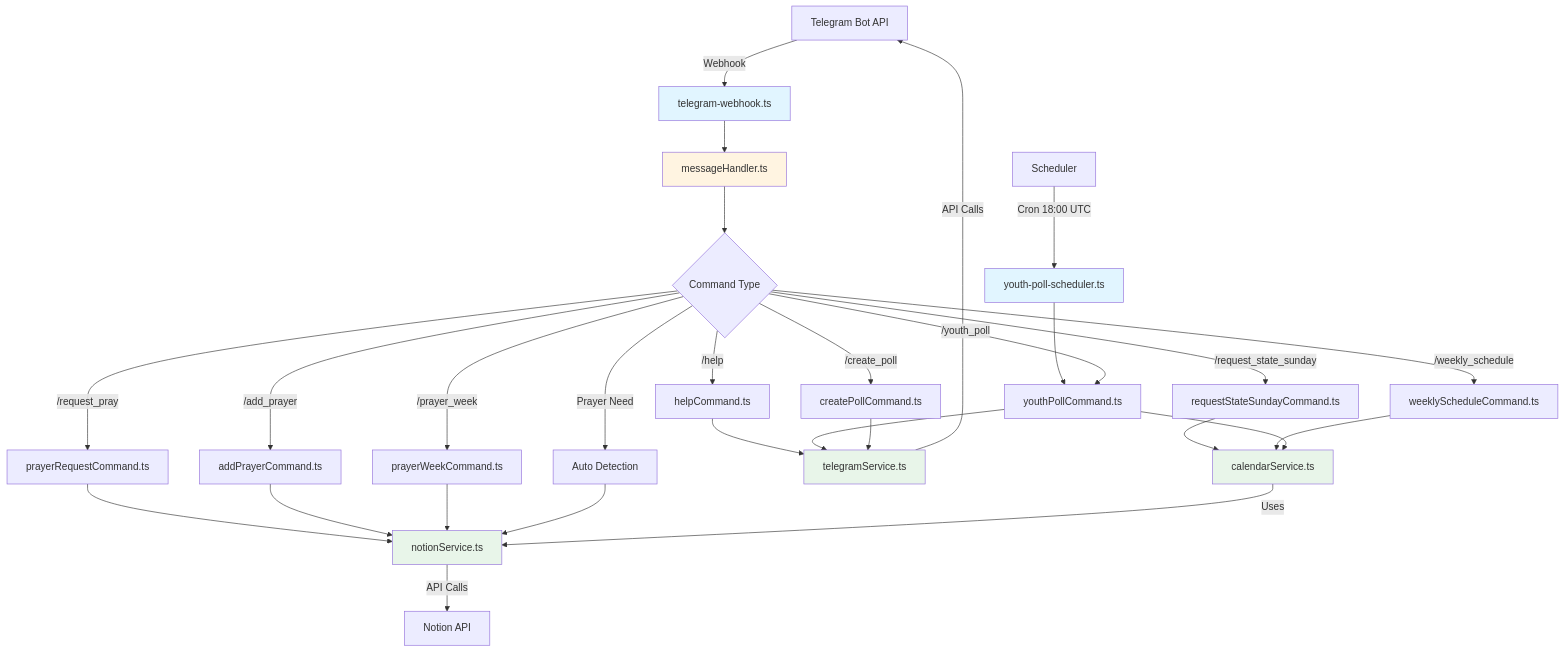
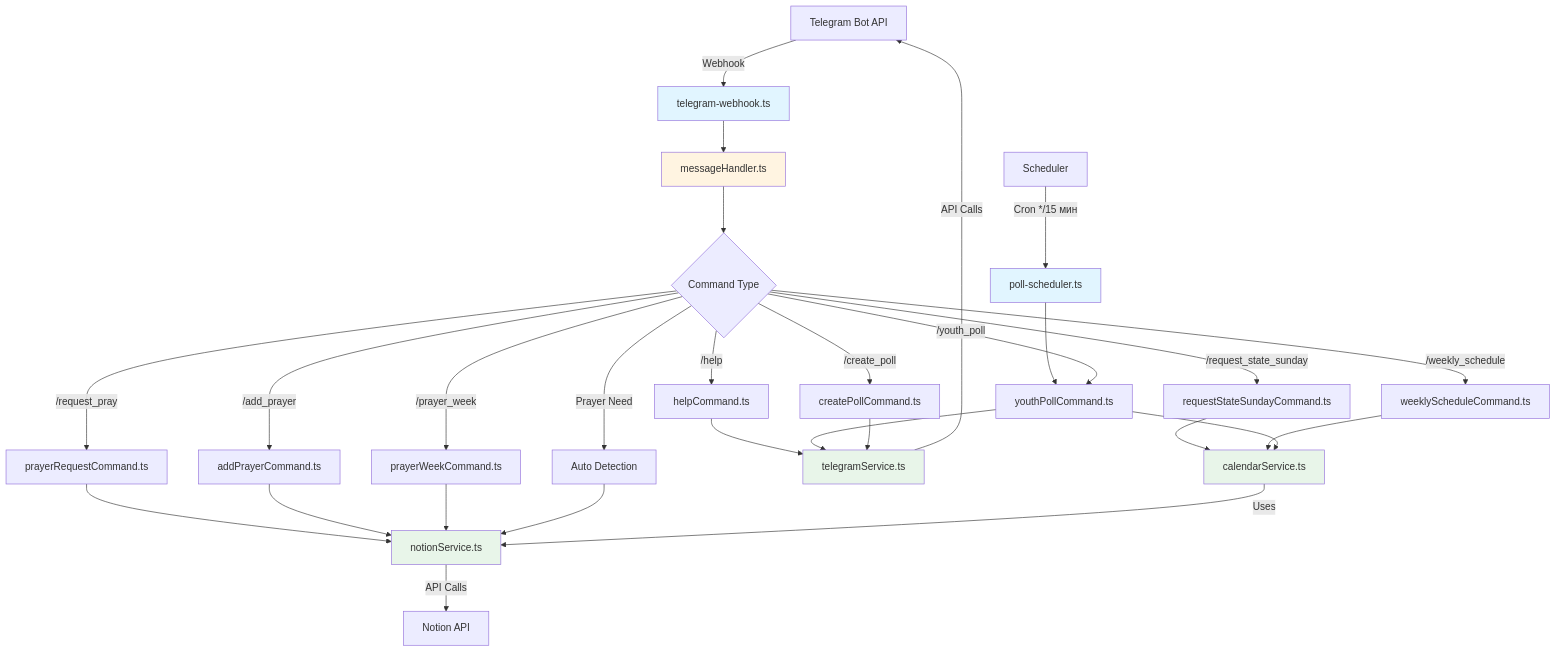
One commit to DenisArger/church-management-js changed the first of 3 diagrams in MEMORY-BANK.md. Above: the diagram before and after it, drawn with Mermaid. The commit also changed other lines of this file and 25 other files, not shown here.

First line of the commit message:
refactor(poll-scheduler): consolidate youth poll scheduling functionality

````diff
--- a/MEMORY-BANK.md
+++ b/MEMORY-BANK.md
@@ -1790,41 +1790,41 @@
 ```mermaid
 flowchart TD
     A[Telegram Bot API] -->|Webhook| B[telegram-webhook.ts]
-    C[Scheduler] -->|Cron 18:00 UTC| D[youth-poll-scheduler.ts]
+    C[Scheduler] -->|Cron */15 мин| D[poll-scheduler.ts]
     
     B --> E[messageHandler.ts]
     D --> F[youthPollCommand.ts]
     
     E --> G{Command Type}
     G -->|/help| H[helpCommand.ts]
     G -->|/request_pray| I[prayerRequestCommand.ts]
     G -->|/add_prayer| J[addPrayerCommand.ts]
     G -->|/request_state_sunday| L[requestStateSundayCommand.ts]
     G -->|/weekly_schedule| M[weeklyScheduleCommand.ts]
     G -->|/prayer_week| N[prayerWeekCommand.ts]
     G -->|/youth_poll| F
     G -->|/create_poll| O[createPollCommand.ts]
     G -->|Prayer Need| P[Auto Detection]
     
     H --> Q[telegramService.ts]
     I --> R[notionService.ts]
     J --> R
     L --> S[calendarService.ts]
     M --> S
     N --> R
     F --> S
     F --> Q
     O --> Q
     P --> R
     
     Q -->|API Calls| A
     R -->|API Calls| T[Notion API]
     S -->|Uses| R
     
     style B fill:#e1f5ff
     style D fill:#e1f5ff
     style E fill:#fff4e1
     style Q fill:#e8f5e9
     style R fill:#e8f5e9
     style S fill:#e8f5e9
 ```
````
